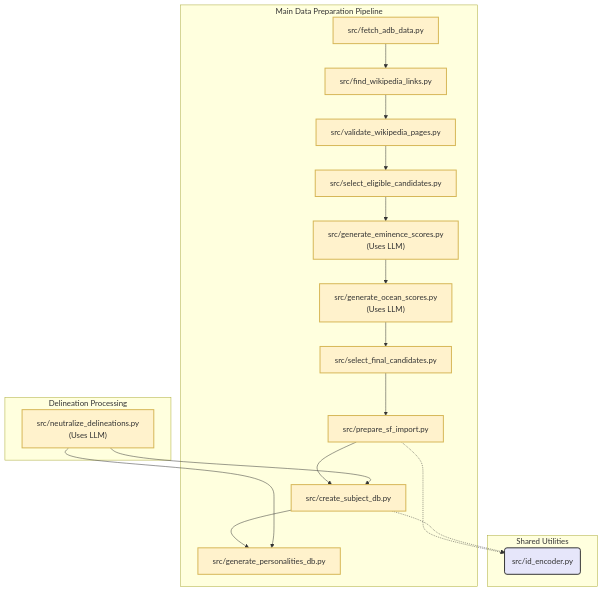
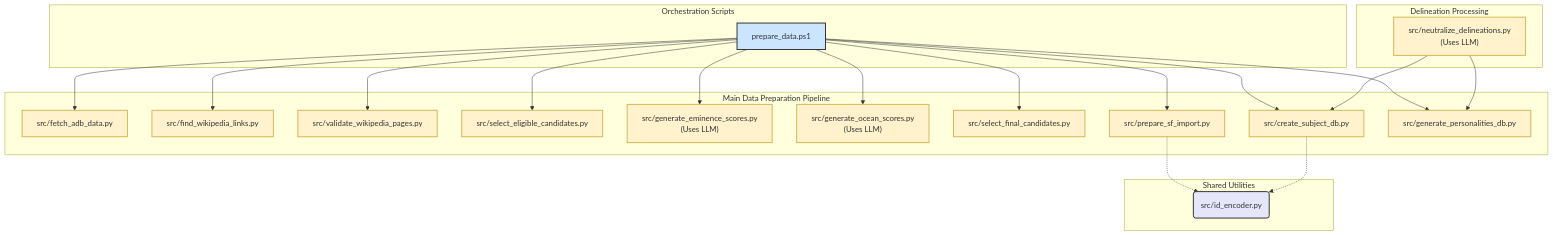
The diagram in docs/diagrams/arch_prep_codebase.mmd (peterjmarko/llm-narrative-framework), drawn with Mermaid before and after one commit. The commit also changed 7 other files, not shown here.

First line of the commit message:
feat(data-prep): Refactor validation pipeline and add master orchestrator

```diff
--- a/docs/diagrams/arch_prep_codebase.mmd
+++ b/docs/diagrams/arch_prep_codebase.mmd
@@ -1,32 +1,51 @@
 graph TD
     classDef scriptStyle fill:#fff2cc,stroke:#d6b656,stroke-width:2px
     classDef utilStyle fill:#e6e6fa,stroke:#333,stroke-width:2px
-    subgraph Main Data Preparation Pipeline
-        A[src/fetch_adb_data.py] --> B[src/find_wikipedia_links.py]
-        B --> B2[src/validate_wikipedia_pages.py]
-        B2 --> C[src/select_eligible_candidates.py]
-        C --> D["src/generate_eminence_scores.py<br/>(Uses LLM)"]
-        D --> E["src/generate_ocean_scores.py<br/>(Uses LLM)"]
-        E --> F[src/select_final_candidates.py]
-        F --> G[src/prepare_sf_import.py]
-        G --> H[src/create_subject_db.py]
-        H --> I[src/generate_personalities_db.py]
+    classDef orchestratorStyle fill:#cce5ff,stroke:#333,stroke-width:2px
+
+    subgraph "Orchestration Scripts"
+        P[prepare_data.ps1]
     end
+
+    subgraph "Main Data Preparation Pipeline"
+        A[src/fetch_adb_data.py]
+        B[src/find_wikipedia_links.py]
+        B2[src/validate_wikipedia_pages.py]
+        C[src/select_eligible_candidates.py]
+        D["src/generate_eminence_scores.py<br/>(Uses LLM)"]
+        E["src/generate_ocean_scores.py<br/>(Uses LLM)"]
+        F[src/select_final_candidates.py]
+        G[src/prepare_sf_import.py]
+        H[src/create_subject_db.py]
+        I[src/generate_personalities_db.py]
+    end
+    
+    P --> A
+    P --> B
+    P --> B2
+    P --> C
+    P --> D
+    P --> E
+    P --> F
+    P --> G
+    P --> H
+    P --> I
     
     subgraph Delineation Processing
         J["src/neutralize_delineations.py<br/>(Uses LLM)"]
     end
 
     J --> I
     J --> H
 
     subgraph Shared Utilities
         K(src/id_encoder.py)
     end
 
     G -.-> K
     H -.-> K
 
     %% Apply Styles
+    class P orchestratorStyle
     class A,B,B2,C,D,E,F,G,H,I,J scriptStyle
     class K utilStyle
```
